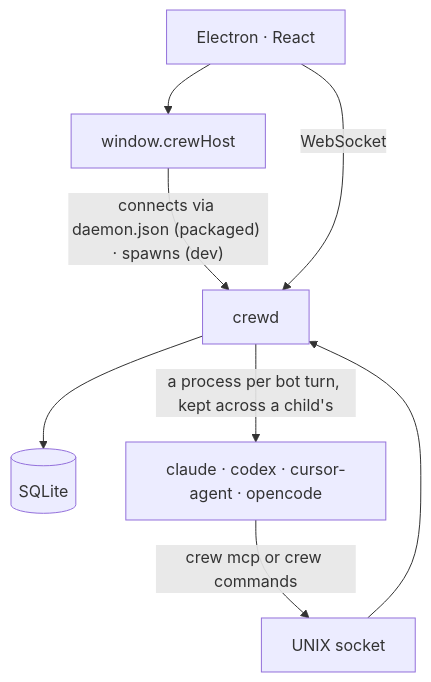
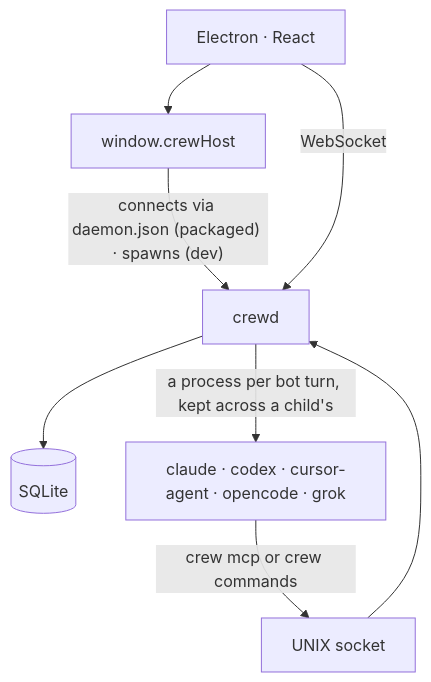
The first of 4 diagrams in docs/ARCHITECTURE.md (rogazth/crew), drawn with Mermaid before and after one commit. The commit also changed other lines of this file and 8 other files, not shown here.

Commit message:
feat: drive grok agent sessions over ACP

````diff
--- a/docs/ARCHITECTURE.md
+++ b/docs/ARCHITECTURE.md
@@ -27,17 +27,17 @@
 ```mermaid
 flowchart TB
   UI["Electron · React"]
   Host["window.crewHost"]
   Daemon["crewd"]
   Store[("SQLite")]
-  CLI["claude · codex · cursor-agent · opencode"]
+  CLI["claude · codex · cursor-agent · opencode · grok"]
   Bridge["UNIX socket"]
 
   UI --> Host
   Host -->|"connects via daemon.json (packaged) · spawns (dev)"| Daemon
   UI -->|"WebSocket"| Daemon
   Daemon --> Store
   Daemon -->|"a process per bot turn, kept across a child's"| CLI
   CLI -->|"crew mcp or crew commands"| Bridge
   Bridge --> Daemon
 ```
````
